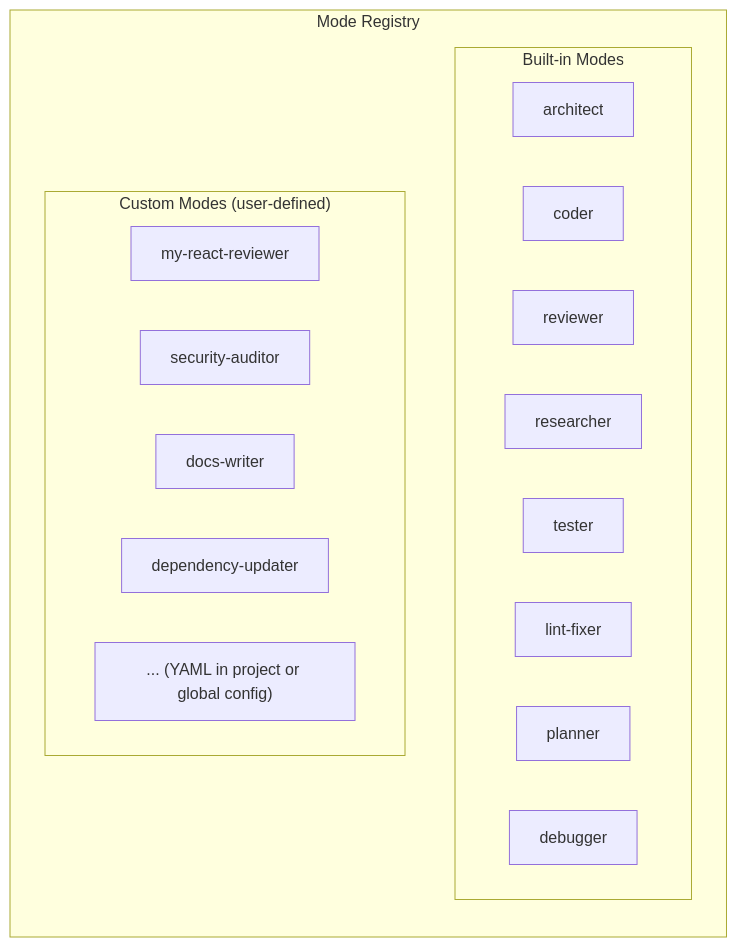
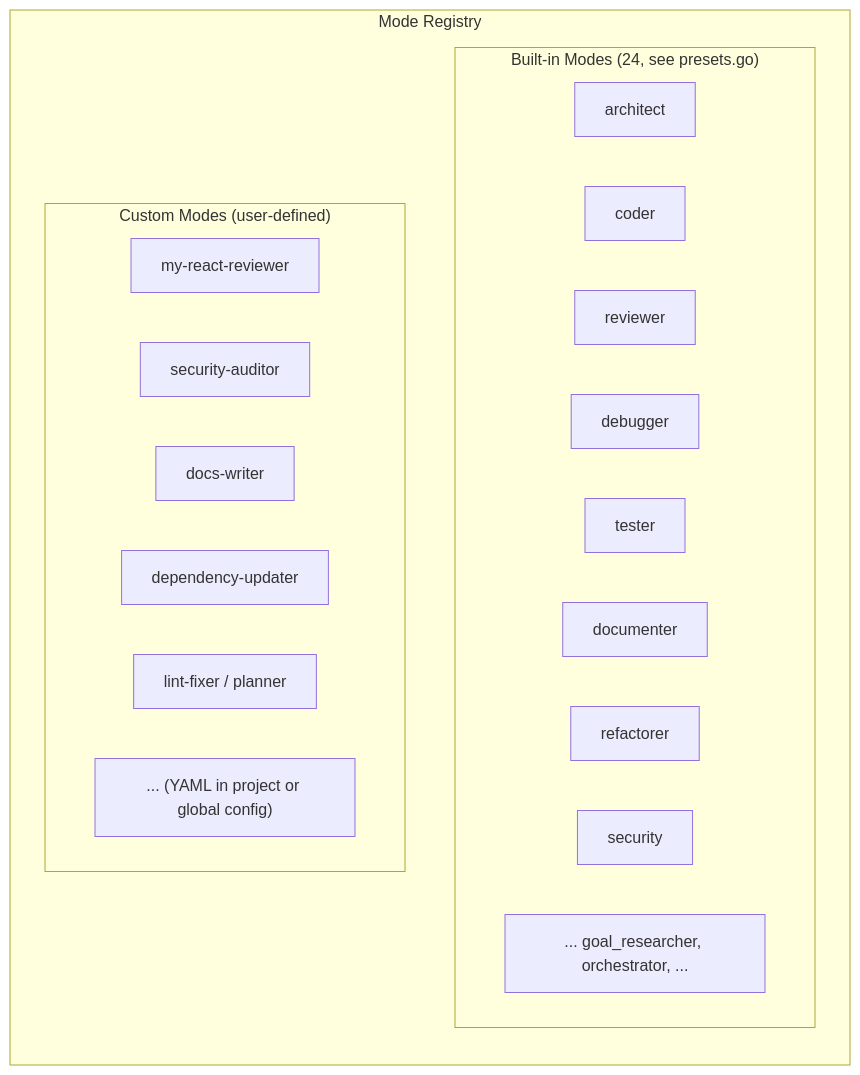
Before and after one commit to Strob0t/CodeForge: diagram 15 of 26 in docs/architecture.md, drawn with Mermaid. The commit also changed other lines of this file and 28 other files, not shown here.

````diff
--- a/docs/architecture.md
+++ b/docs/architecture.md
@@ -699,22 +734,24 @@
 ```mermaid
 flowchart LR
     subgraph REG["Mode Registry"]
-        subgraph BUILTIN["Built-in Modes"]
+        subgraph BUILTIN["Built-in Modes (24, see presets.go)"]
             B1["architect"]
             B2["coder"]
             B3["reviewer"]
-            B4["researcher"]
+            B4["debugger"]
             B5["tester"]
-            B6["lint-fixer"]
-            B7["planner"]
-            B8["debugger"]
+            B6["documenter"]
+            B7["refactorer"]
+            B8["security"]
+            B9["... goal_researcher, orchestrator, ..."]
         end
         subgraph CUSTOM["Custom Modes (user-defined)"]
             C1["my-react-reviewer"]
             C2["security-auditor"]
             C3["docs-writer"]
             C4["dependency-updater"]
+            C6["lint-fixer / planner"]
             C5["... (YAML in project or global config)"]
         end
     end
 ```
````
